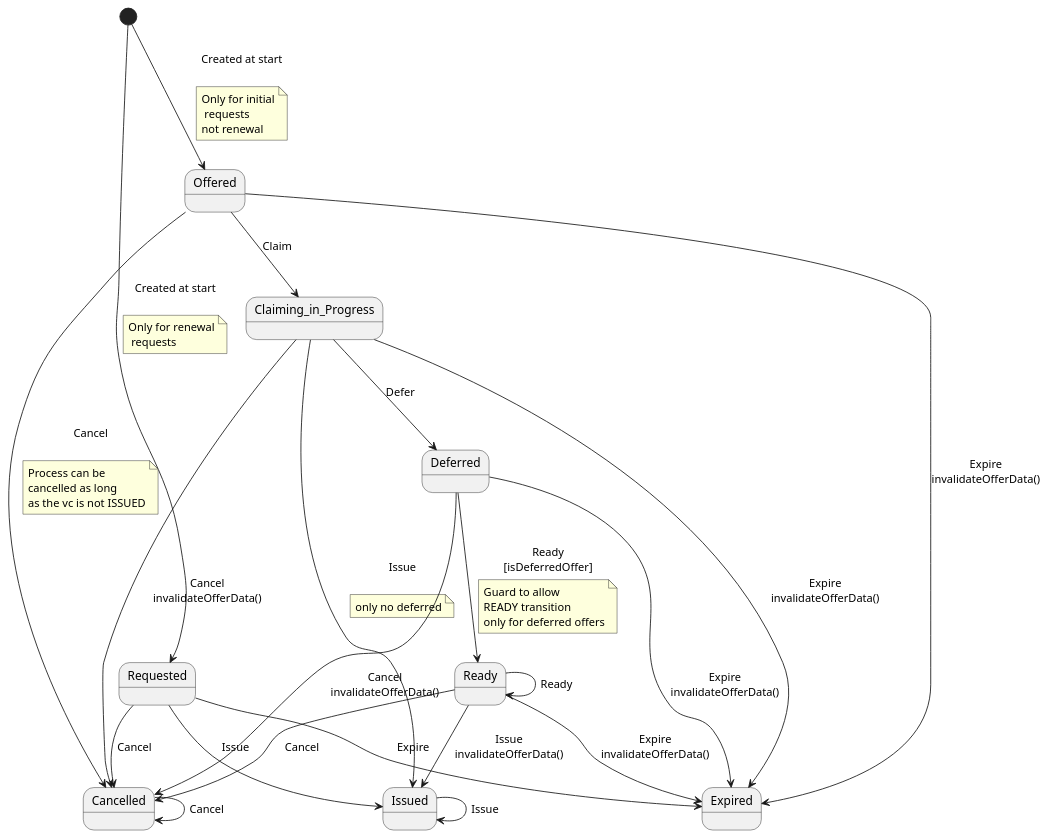
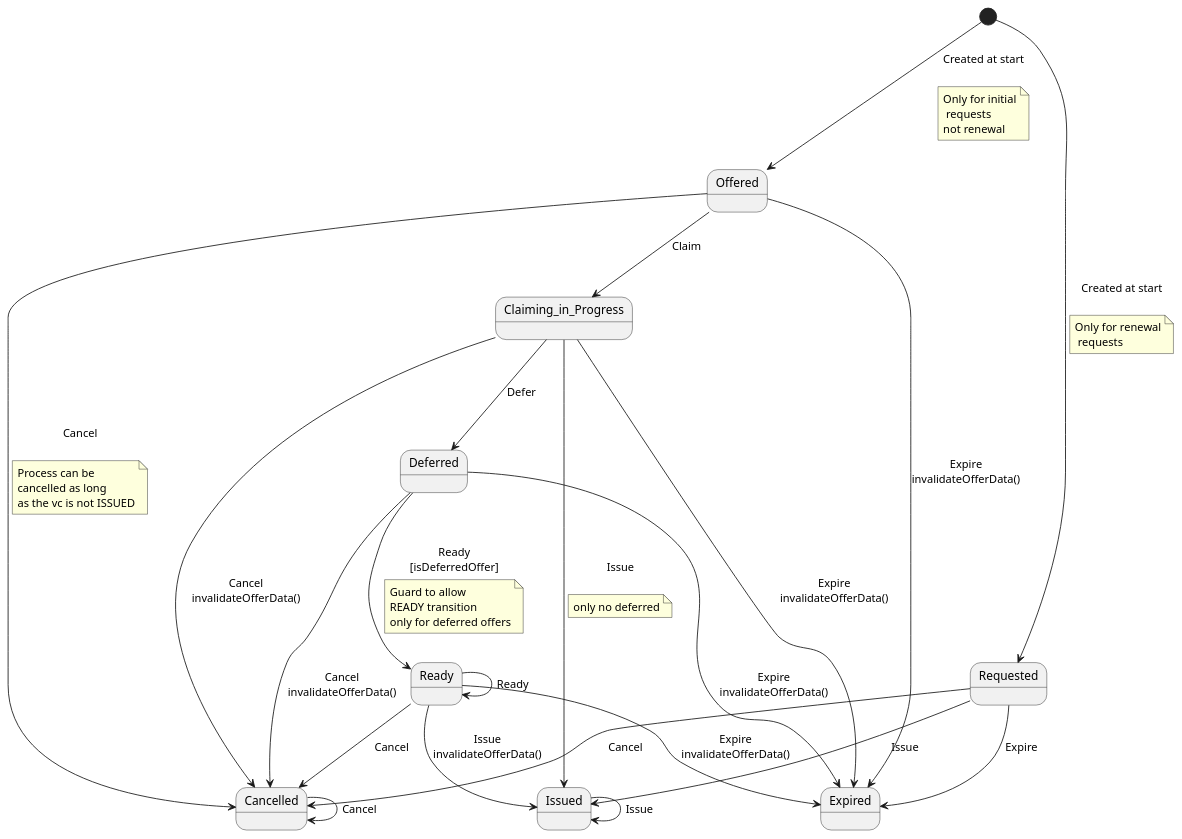
The diagram in issuer-service/src/main/resources/plantuml/credentialOfferStateMachine.puml (swiyu-admin-ch/swiyu-issuer), drawn with PlantUML before and after one commit. The commit also changed other lines of this file and 10 other files, not shown here.

```diff
--- a/issuer-service/src/main/resources/plantuml/credentialOfferStateMachine.puml
+++ b/issuer-service/src/main/resources/plantuml/credentialOfferStateMachine.puml
@@ -1,58 +1,58 @@
 @startuml
-state Expired
+state Offered
+state Issued
+state Ready
+state Deferred
 state Claiming_in_Progress
-state Ready
-state Issued
 state Cancelled
 state Requested
-state Offered
-state Deferred
+state Expired
 [*] --> Offered : Created at start\n
 note on link
 Only for initial
  requests
 not renewal
 end note
 
 [*] --> Requested : Created at start\n
 note on link
 Only for renewal
  requests
 end note
 
 Requested --> Issued : Issue
 Requested --> Cancelled : Cancel
 Requested --> Expired : Expire
 Offered --> Cancelled : Cancel\n
 note on link
 Process can be
 cancelled as long
 as the vc is not ISSUED
 end note
 
 Offered --> Expired : Expire\ninvalidateOfferData()
 Offered --> Claiming_in_Progress : Claim
 Claiming_in_Progress --> Expired : Expire\ninvalidateOfferData()
 Claiming_in_Progress --> Deferred : Defer
 Claiming_in_Progress --> Issued : Issue\n
 note on link
 only no deferred
 end note
 
 Claiming_in_Progress --> Cancelled : Cancel\ninvalidateOfferData()
 Deferred --> Ready : Ready\n[isDeferredOffer]
 note on link
 Guard to allow
 READY transition
 only for deferred offers
 end note
 
 Deferred --> Expired : Expire\ninvalidateOfferData()
 Deferred --> Cancelled : Cancel\ninvalidateOfferData()
 Ready --> Issued : Issue\ninvalidateOfferData()
 Ready --> Expired : Expire\ninvalidateOfferData()
 Ready --> Cancelled : Cancel
 Ready --> Ready : Ready
 Issued --> Issued : Issue
 Cancelled --> Cancelled : Cancel
 @enduml
```
